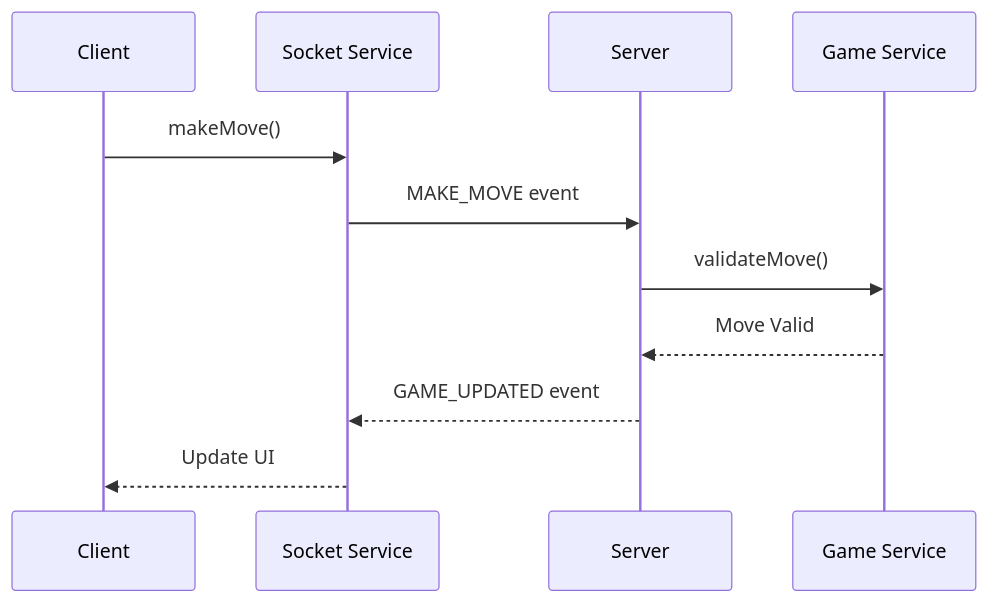
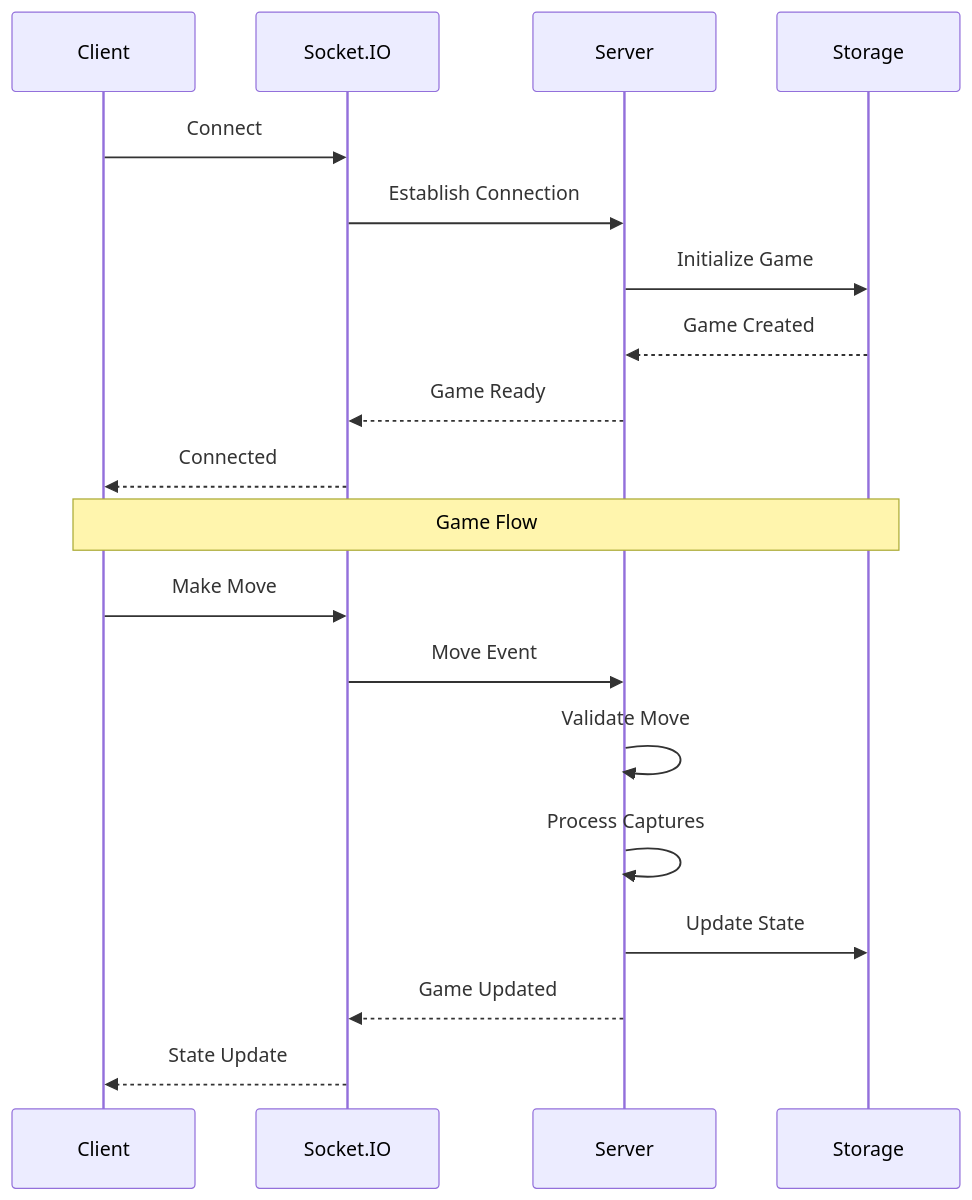
One commit to vcb88/ctorgame changed the fourth of 8 diagrams in docs/ARCHITECTURE.md. Above: the diagram before and after it, drawn with Mermaid. The commit also changed other lines of this file and 1 other file, not shown here.

First line of the commit message:
docs: update architecture documentation and add setup guide

````diff
--- a/docs/ARCHITECTURE.md
+++ b/docs/ARCHITECTURE.md
@@ -148,14 +76,23 @@
 ```mermaid
 sequenceDiagram
     participant Client
-    participant Socket Service
+    participant Socket.IO
     participant Server
-    participant Game Service
+    participant Storage
     
-    Client->>Socket Service: makeMove()
-    Socket Service->>Server: MAKE_MOVE event
-    Server->>Game Service: validateMove()
-    Game Service-->>Server: Move Valid
-    Server-->>Socket Service: GAME_UPDATED event
-    Socket Service-->>Client: Update UI
+    Client->>Socket.IO: Connect
+    Socket.IO->>Server: Establish Connection
+    Server->>Storage: Initialize Game
+    Storage-->>Server: Game Created
+    Server-->>Socket.IO: Game Ready
+    Socket.IO-->>Client: Connected
+    
+    Note over Client,Storage: Game Flow
+    Client->>Socket.IO: Make Move
+    Socket.IO->>Server: Move Event
+    Server->>Server: Validate Move
+    Server->>Server: Process Captures
+    Server->>Storage: Update State
+    Server-->>Socket.IO: Game Updated
+    Socket.IO-->>Client: State Update
 ```
````
